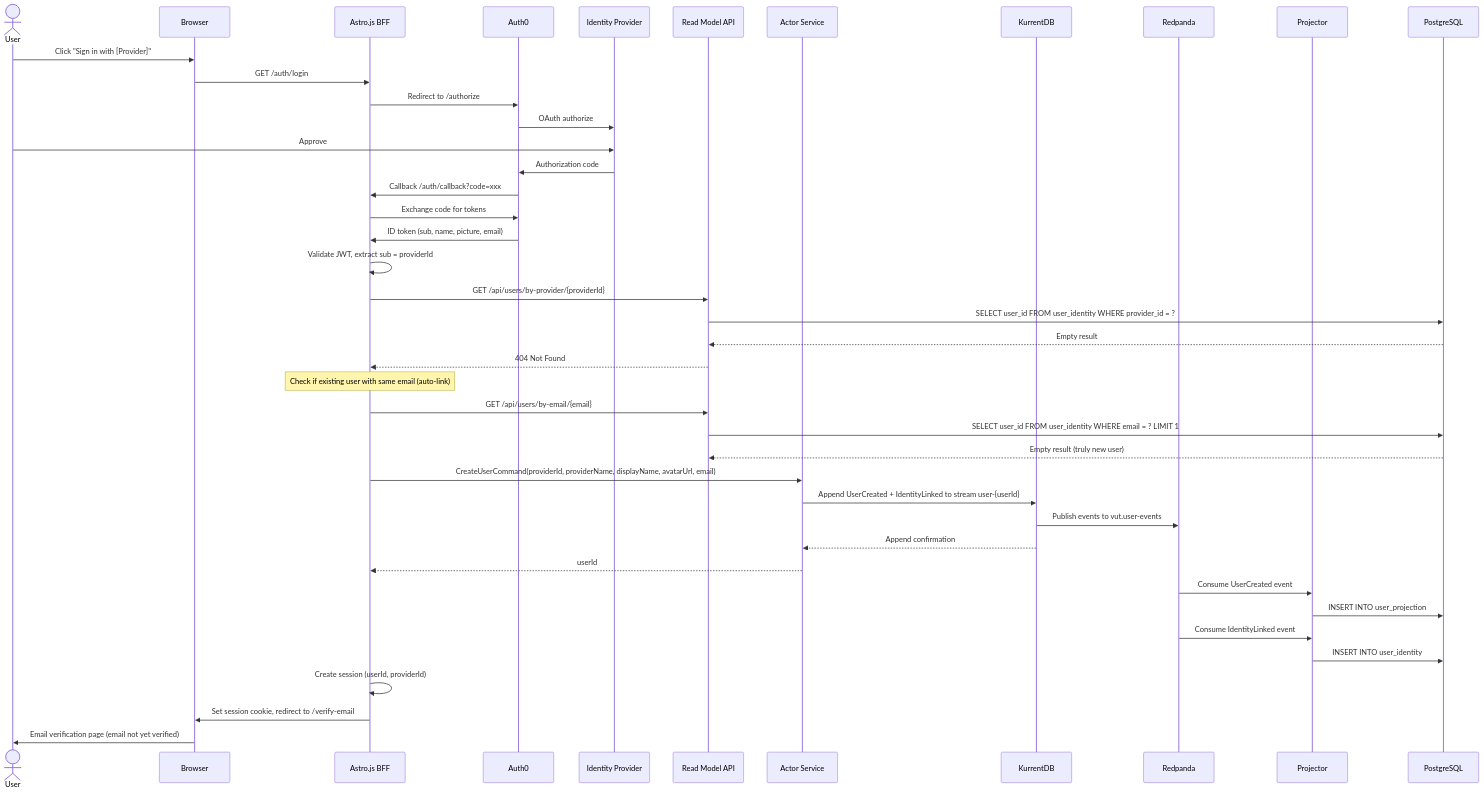
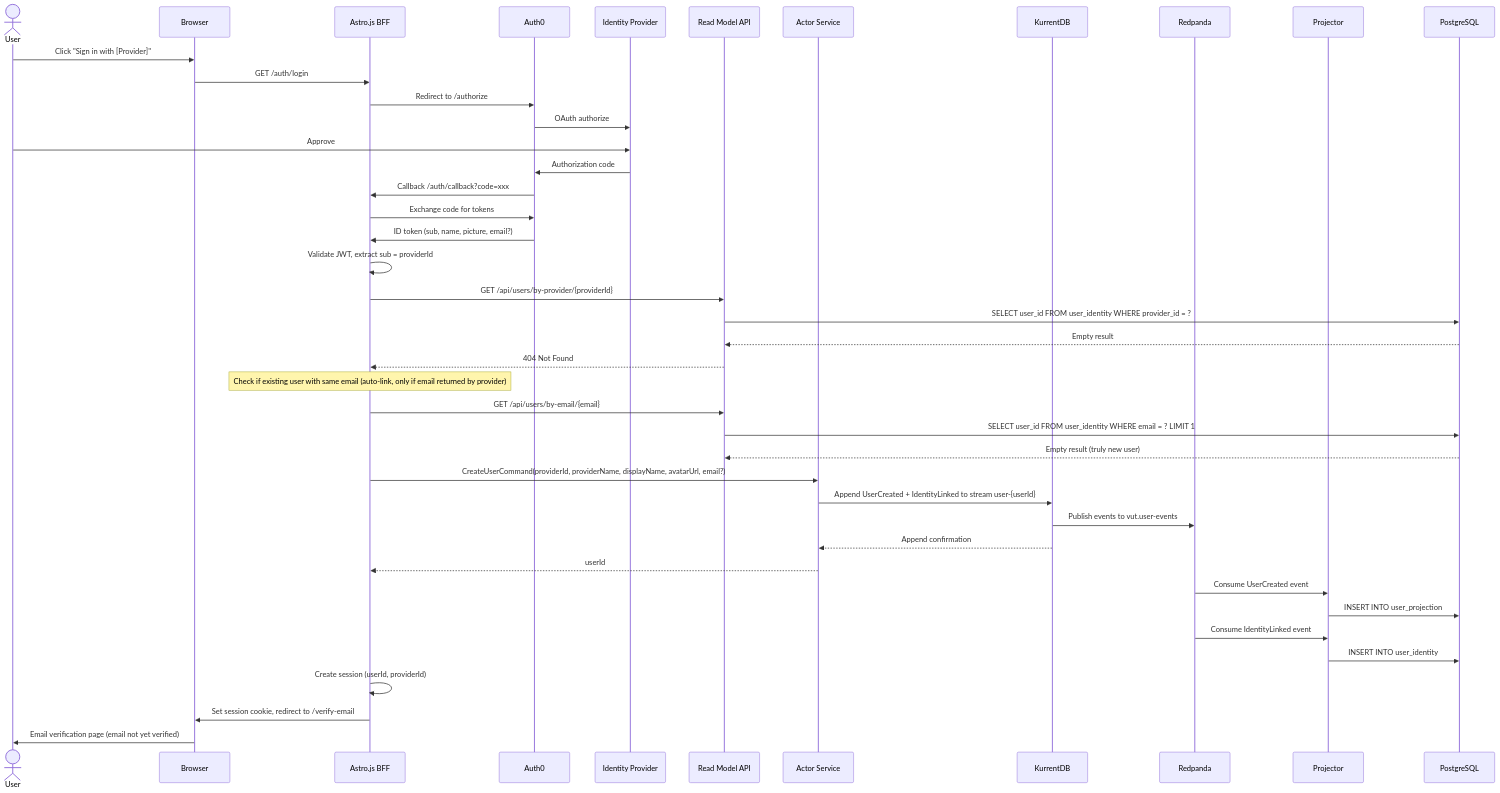
Before and after one commit to lekhasy/Vut: the seventh of 15 diagrams in epics/01-epic-first-signin-org/architecture/architecture.md, drawn with Mermaid. The commit also changed other lines of this file and 7 other files, not shown here.

Commit message:
Update tasks per architecture change

````diff
--- a/epics/01-epic-first-signin-org/architecture/architecture.md
+++ b/epics/01-epic-first-signin-org/architecture/architecture.md
@@ -689,50 +690,50 @@
 ```mermaid
 sequenceDiagram
     actor User
     participant Browser
     participant BFF as Astro.js BFF
     participant Auth0
     participant IdP as Identity Provider
     participant RM as Read Model API
     participant AS as Actor Service
     participant K as KurrentDB
     participant RP as Redpanda
     participant PJ as Projector
     participant PG as PostgreSQL
 
     User->>Browser: Click "Sign in with [Provider]"
     Browser->>BFF: GET /auth/login
     BFF->>Auth0: Redirect to /authorize
     Auth0->>IdP: OAuth authorize
     User->>IdP: Approve
     IdP->>Auth0: Authorization code
     Auth0->>BFF: Callback /auth/callback?code=xxx
     BFF->>Auth0: Exchange code for tokens
-    Auth0->>BFF: ID token (sub, name, picture, email)
+    Auth0->>BFF: ID token (sub, name, picture, email?)
     BFF->>BFF: Validate JWT, extract sub = providerId
 
     BFF->>RM: GET /api/users/by-provider/{providerId}
     RM->>PG: SELECT user_id FROM user_identity WHERE provider_id = ?
     PG-->>RM: Empty result
     RM-->>BFF: 404 Not Found
 
-    Note over BFF: Check if existing user with same email (auto-link)
+    Note over BFF: Check if existing user with same email (auto-link, only if email returned by provider)
     BFF->>RM: GET /api/users/by-email/{email}
     RM->>PG: SELECT user_id FROM user_identity WHERE email = ? LIMIT 1
     PG-->>RM: Empty result (truly new user)
 
-    BFF->>AS: CreateUserCommand(providerId, providerName, displayName, avatarUrl, email)
+    BFF->>AS: CreateUserCommand(providerId, providerName, displayName, avatarUrl, email?)
     AS->>K: Append UserCreated + IdentityLinked to stream user-{userId}
     K->>RP: Publish events to vut.user-events
     K-->>AS: Append confirmation
     AS-->>BFF: userId
 
     RP->>PJ: Consume UserCreated event
     PJ->>PG: INSERT INTO user_projection
     RP->>PJ: Consume IdentityLinked event
     PJ->>PG: INSERT INTO user_identity
 
     BFF->>BFF: Create session (userId, providerId)
     BFF->>Browser: Set session cookie, redirect to /verify-email
     Browser->>User: Email verification page (email not yet verified)
 ```
````
